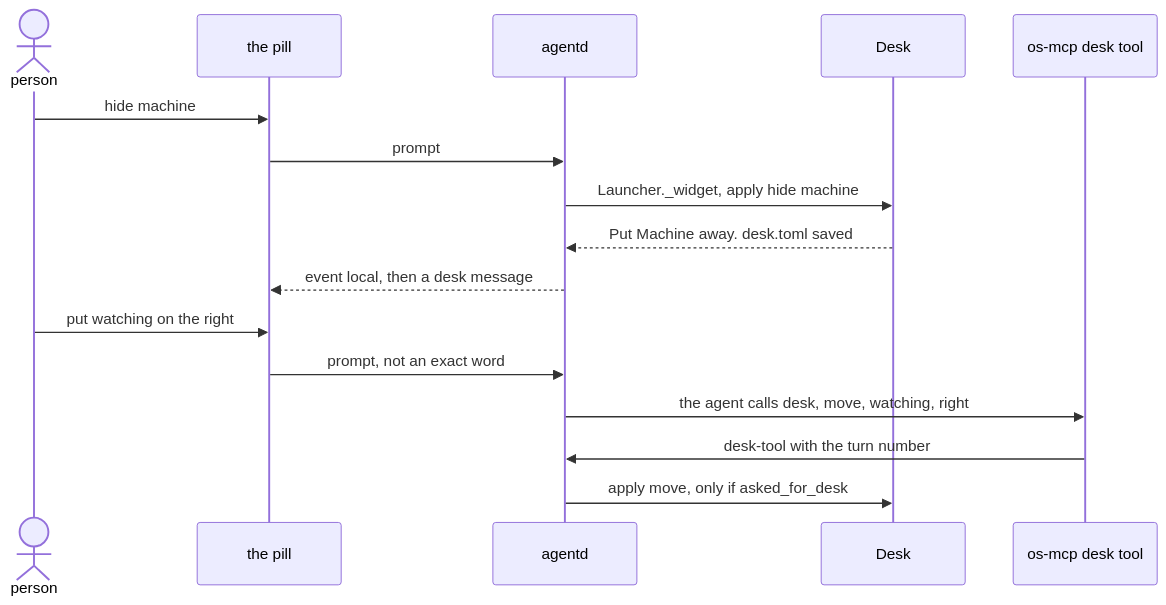
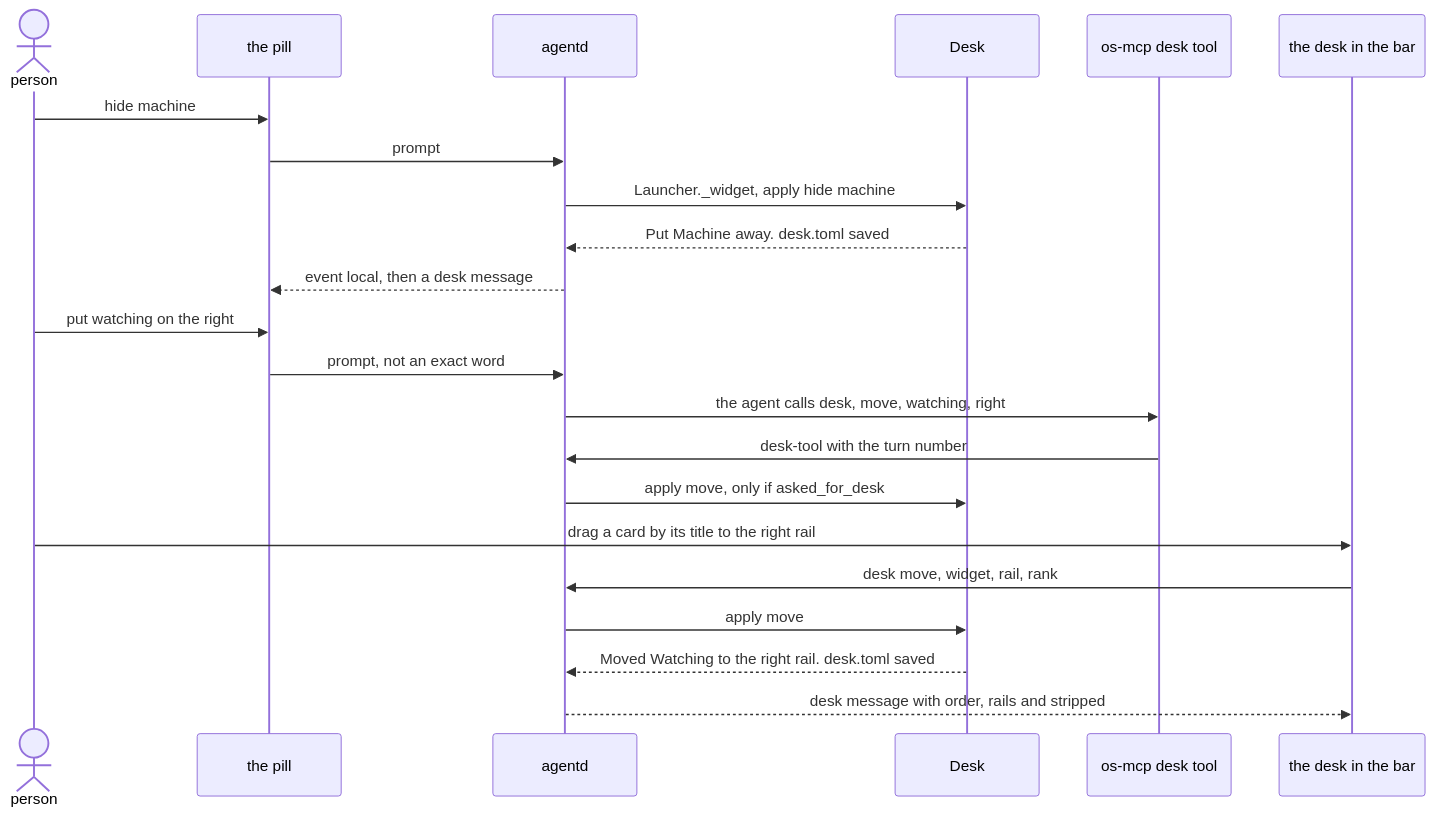
One commit to thedefaultman/Bombadil changed diagram 12 of 16 in docs/ux/flows.md. Above: the diagram before and after it, drawn with Mermaid. The commit also changed other lines of this file and 31 other files, not shown here.

````diff
--- a/docs/ux/flows.md
+++ b/docs/ux/flows.md
@@ -548,18 +560,24 @@
 ```mermaid
 sequenceDiagram
     actor U as person
     participant P as the pill
     participant A as agentd
     participant D as Desk
     participant M as os-mcp desk tool
+    participant K as the desk in the bar
     U->>P: hide machine
     P->>A: prompt
     A->>D: Launcher._widget, apply hide machine
     D-->>A: Put Machine away. desk.toml saved
     A-->>P: event local, then a desk message
     U->>P: put watching on the right
     P->>A: prompt, not an exact word
     A->>M: the agent calls desk, move, watching, right
     M->>A: desk-tool with the turn number
     A->>D: apply move, only if asked_for_desk
+    U->>K: drag a card by its title to the right rail
+    K->>A: desk move, widget, rail, rank
+    A->>D: apply move
+    D-->>A: Moved Watching to the right rail. desk.toml saved
+    A-->>K: desk message with order, rails and stripped
 ```
````
